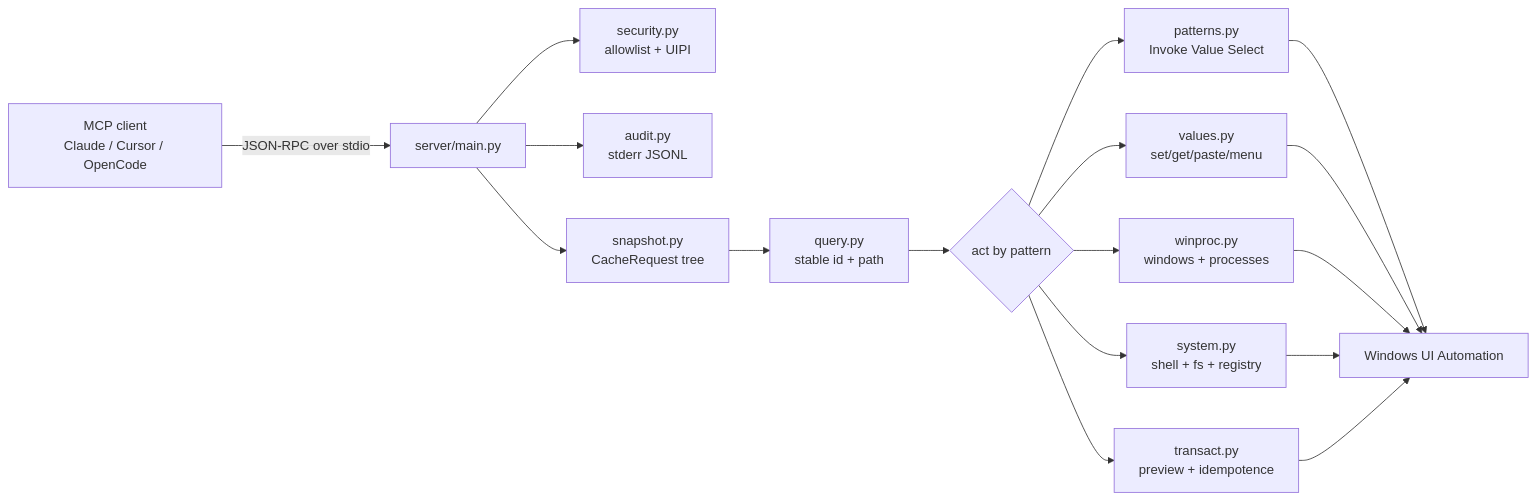
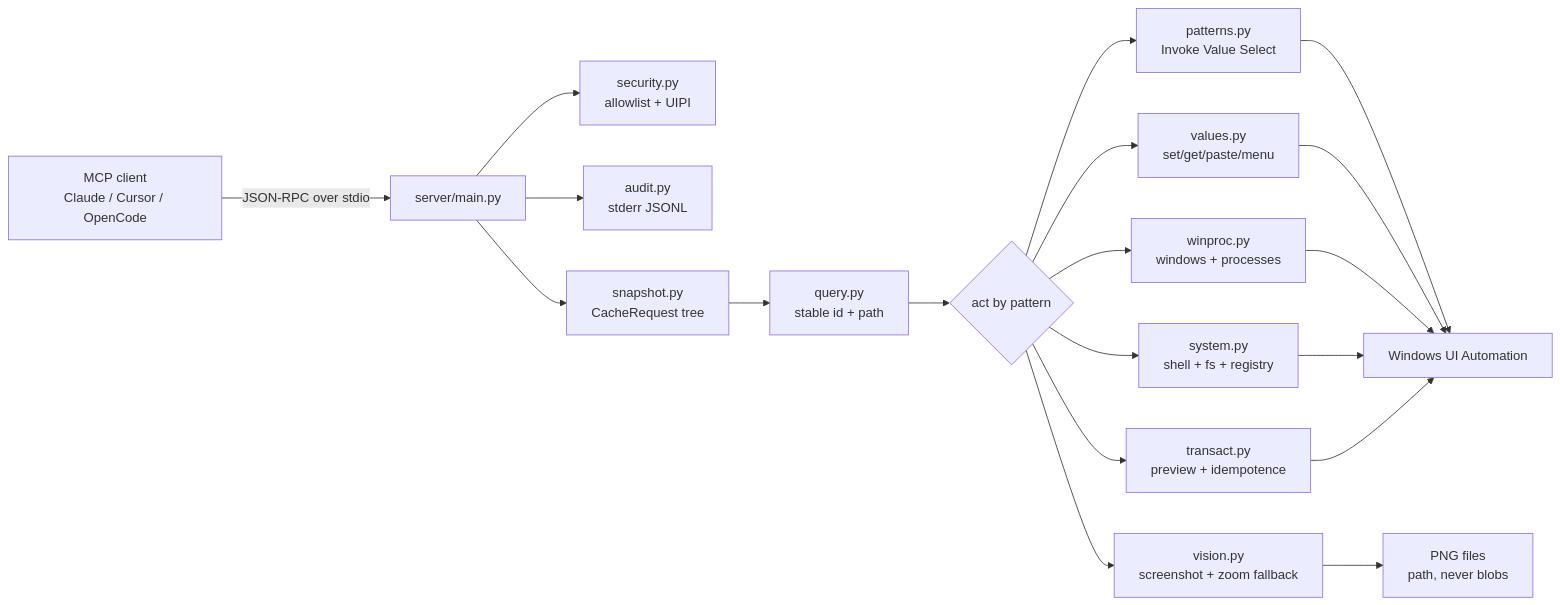
One commit to danzaio/win-mcp-pro changed the diagram in README.md. Above: the diagram before and after it, drawn with Mermaid. The commit also changed other lines of this file and 3 other files, not shown here.

Commit message:
Vision fallback: screenshot + zoom tools, honest README numbers

````diff
--- a/README.md
+++ b/README.md
@@ -32,15 +32,17 @@
 ```mermaid
 flowchart LR
     Client[MCP client<br/>Claude / Cursor / OpenCode] -->|JSON-RPC over stdio| Server[server/main.py]
     Server --> Sec[security.py<br/>allowlist + UIPI]
     Server --> Audit[audit.py<br/>stderr JSONL]
     Server --> Snap[snapshot.py<br/>CacheRequest tree]
     Snap --> Find[query.py<br/>stable id + path]
     Find --> Act{act by pattern}
     Act --> Pat[patterns.py<br/>Invoke Value Select]
     Act --> Val[values.py<br/>set/get/paste/menu]
     Act --> Win[winproc.py<br/>windows + processes]
     Act --> Sys[system.py<br/>shell + fs + registry]
     Act --> Txn[transact.py<br/>preview + idempotence]
+    Act --> Vis[vision.py<br/>screenshot + zoom fallback]
     Pat & Val & Win & Sys & Txn --> UIA[Windows UI Automation]
+    Vis --> PNG[PNG files<br/>path, never blobs]
 ```
````
